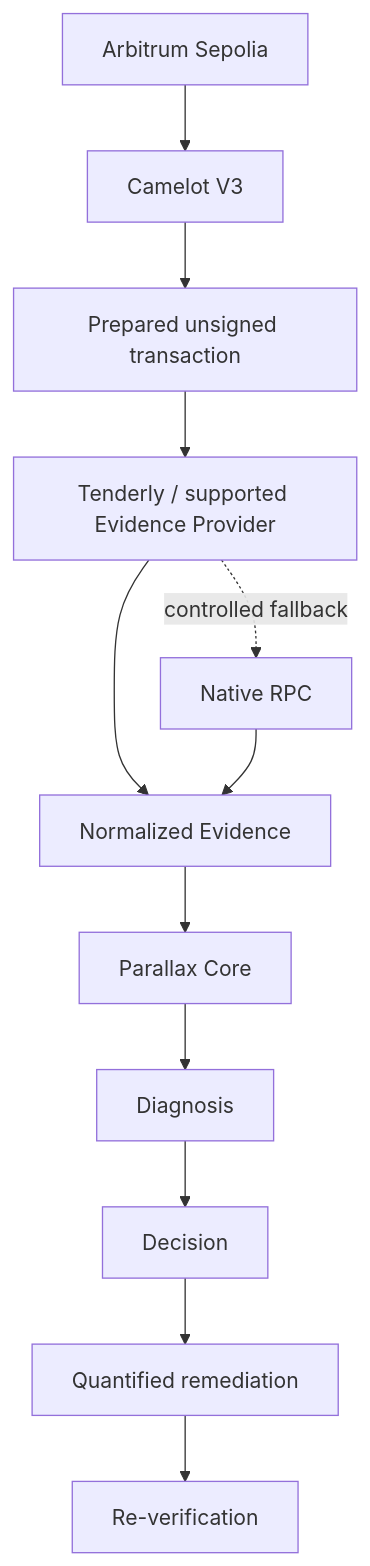
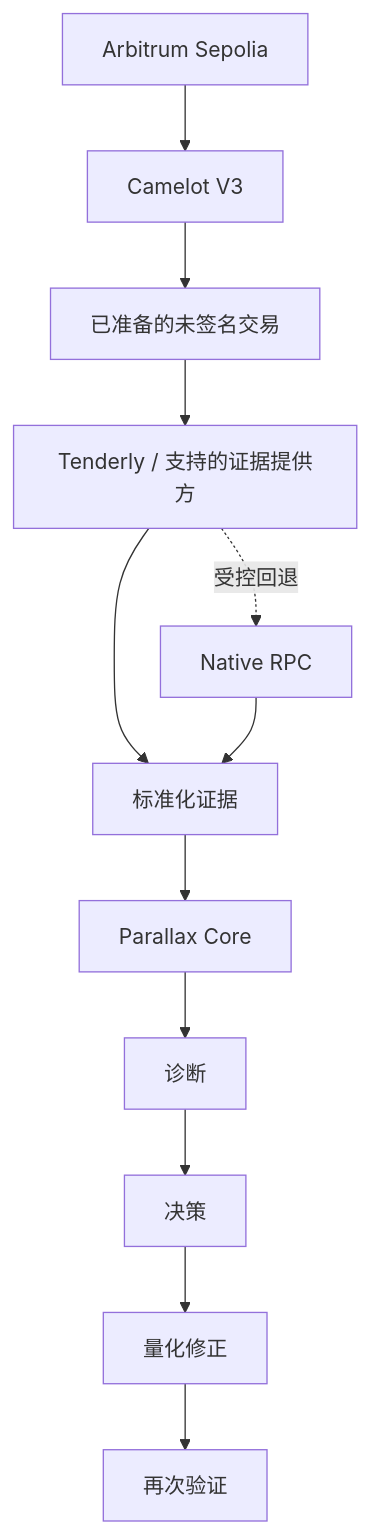
One commit to parallax-monad/parallax changed the second of 2 diagrams in README.zh-CN.md. Above: the diagram before and after it, drawn with Mermaid. The commit also changed other lines of this file and 1 other file, not shown here.

````diff
--- a/README.zh-CN.md
+++ b/README.zh-CN.md
@@ -82,14 +77,14 @@
 ```mermaid
 flowchart TD
   A[Arbitrum Sepolia] --> B[Camelot V3]
-  B --> C[Prepared unsigned transaction]
-  C --> D[Tenderly / supported Evidence Provider]
-  D -. controlled fallback .-> E[Native RPC]
-  D --> F[Normalized Evidence]
+  B --> C[已准备的未签名交易]
+  C --> D[Tenderly / 支持的证据提供方]
+  D -. 受控回退 .-> E[Native RPC]
+  D --> F[标准化证据]
   E --> F
   F --> G[Parallax Core]
-  G --> H[Diagnosis]
-  H --> I[Decision]
-  I --> J[Quantified remediation]
-  J --> K[Re-verification]
+  G --> H[诊断]
+  H --> I[决策]
+  I --> J[量化修正]
+  J --> K[再次验证]
 ```
````
